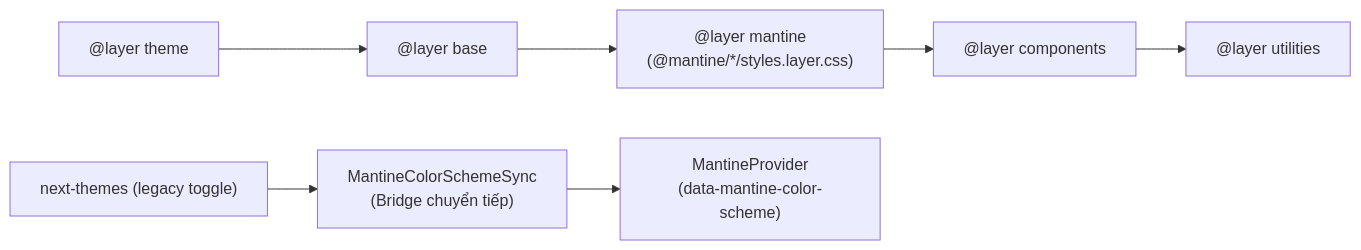
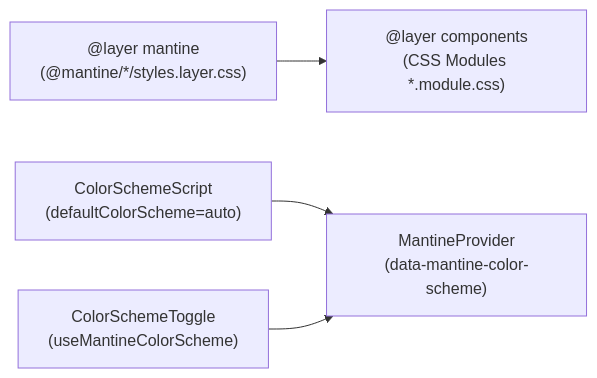
Before and after one commit to lethanhan01/interview-coach: the second of 2 diagrams in client/docs/docs/02-ui-and-design-system/design-system-and-styling.md, drawn with Mermaid. The commit also changed other lines of this file and 98 other files, not shown here.

````diff
--- a/client/docs/docs/02-ui-and-design-system/design-system-and-styling.md
+++ b/client/docs/docs/02-ui-and-design-system/design-system-and-styling.md
@@ -52,9 +52,6 @@
 ```mermaid
 flowchart LR
-    L1["@layer theme"] --> L2["@layer base"]
-    L2 --> L3["@layer mantine<br/>(@mantine/*/styles.layer.css)"]
-    L3 --> L4["@layer components"]
-    L4 --> L5["@layer utilities"]
-    NT["next-themes (legacy toggle)"] --> BRIDGE["MantineColorSchemeSync<br/>(Bridge chuyển tiếp)"]
-    BRIDGE --> MP["MantineProvider<br/>(data-mantine-color-scheme)"]
+    L1["@layer mantine<br/>(@mantine/*/styles.layer.css)"] --> L2["@layer components<br/>(CSS Modules *.module.css)"]
+    CS["ColorSchemeScript<br/>(defaultColorScheme=auto)"] --> MP["MantineProvider<br/>(data-mantine-color-scheme)"]
+    TOGGLE["ColorSchemeToggle<br/>(useMantineColorScheme)"] --> MP
 ```
````
